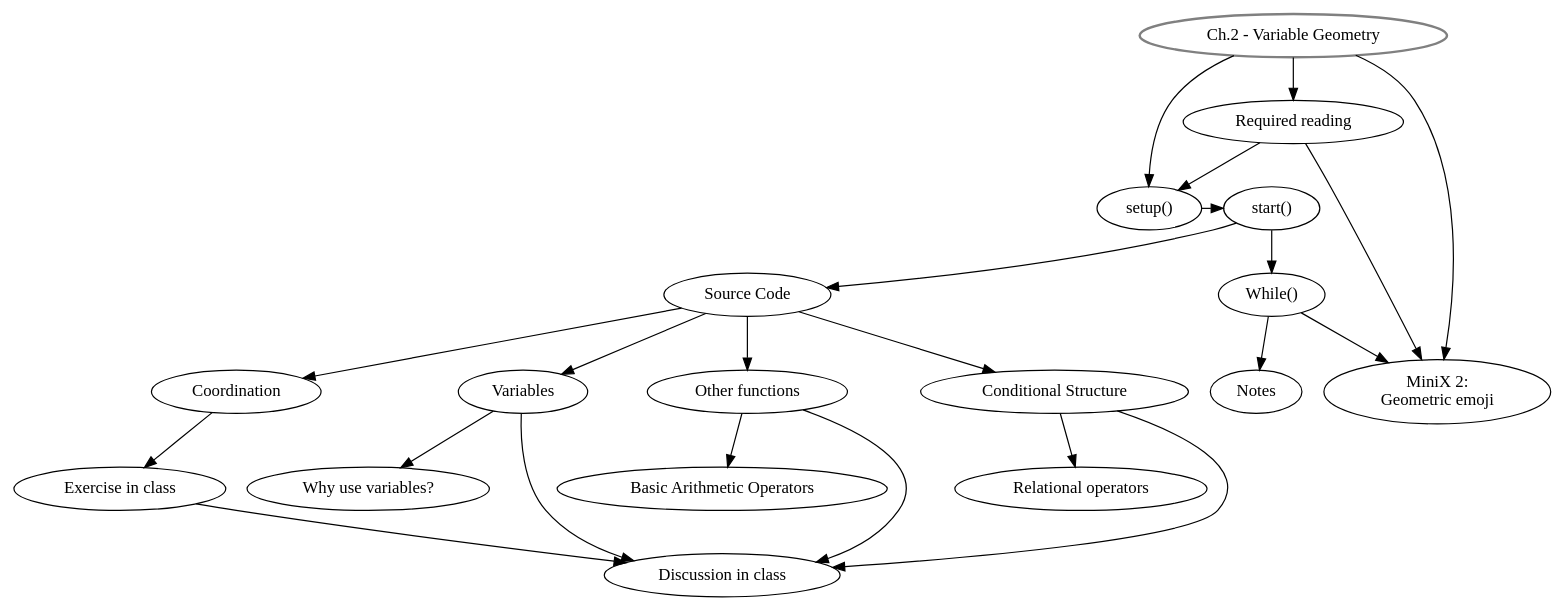
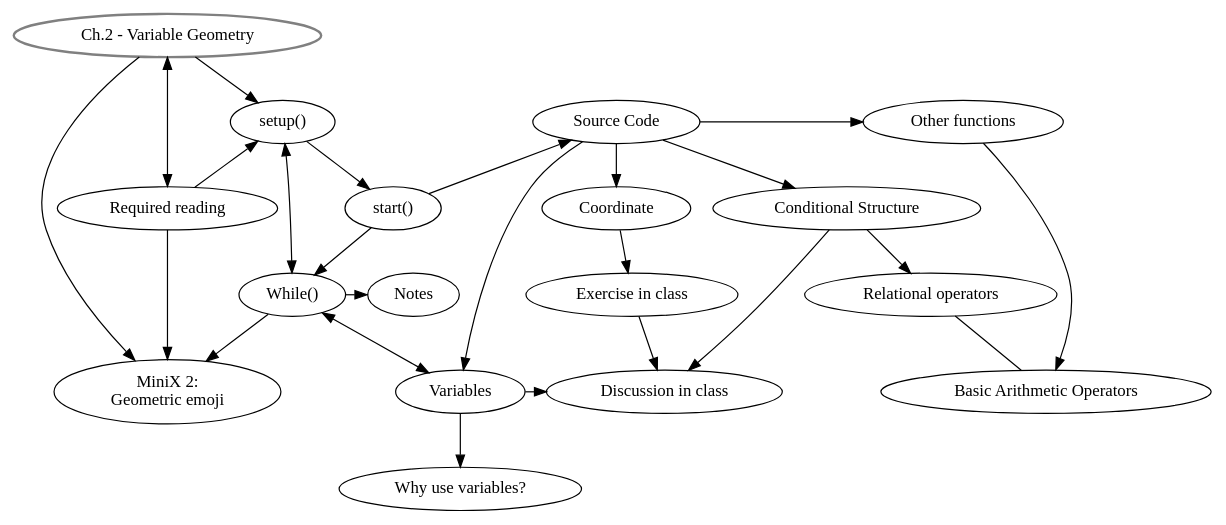
Before and after one commit to danbz/aesthetic-programming: the diagram in graphviz/AP_ch2.dot, drawn with Graphviz. The commit also changed 3 other files, not shown here.

Commit message:
update ch2 flowchart

```diff
--- a/graphviz/AP_ch2.dot
+++ b/graphviz/AP_ch2.dot
@@ -1,41 +1,52 @@
 digraph G {
 //labels
 GS [
 label="Ch.2 - Variable Geometry",
 style=bold,
 color=grey,
 ]
 
 SU [label="setup()"]
 ST [label="start()"]
 SC [label="Source Code"]
-CO [label="Coordination"]
+CO [label="Coordinate"]
 EiC [label="Exercise in class"]
 VB [label="Variables"]
 YVB [label="Why use variables?"]
 OF [label="Other functions"]
 BAO [label="Basic Arithmetic Operators"]
 CS [label="Conditional Structure"]
 RO [label="Relational operators"]
 DiC [label="Discussion in class"]
 MW [label="While()"]
 MX [label="MiniX 2: \nGeometric emoji"]
 RR [label="Required reading"]
 Notes [label="Notes"]
 
 //rank
-{rank = same; SU, ST}
+{rank = same; SU, SC}
+{rank = same; MW, Notes}
+{rank = same; BAO, VB, DiC}
+{rank = same; EiC, MW}
+{rank = same; SC, OF}
+{rank = same; ST, RR}
+{rank = same; ST, CO, CS}
+
+
 
 //graph
-GS -> RR, MX;
+GS -> MX;
+GS -> RR[dir=both];
+SU -> MW [dir=both];
+MW -> VB[dir=both];
+RO -> BAO[dir=none];
 GS -> SU -> ST -> SC;
 SC -> CO -> EiC;
 SC -> VB -> YVB;
 SC -> OF -> BAO;
 SC -> CS -> RO;
-EiC, VB, CS, OF -> DiC;
+EiC, VB, CS -> DiC;
 ST -> MW -> Notes;
 MW -> MX;
 RR -> MX, SU;
-
 }
```
